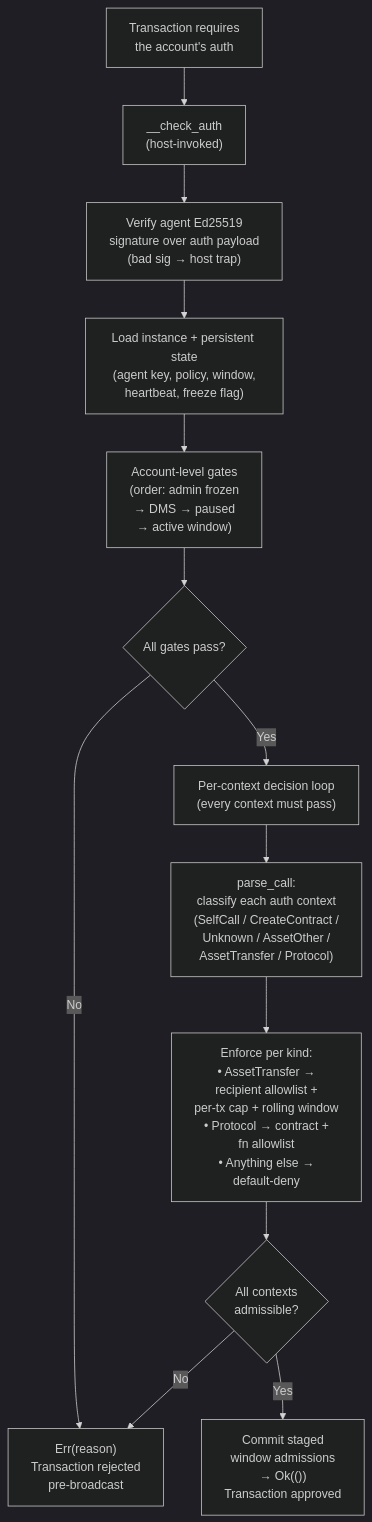
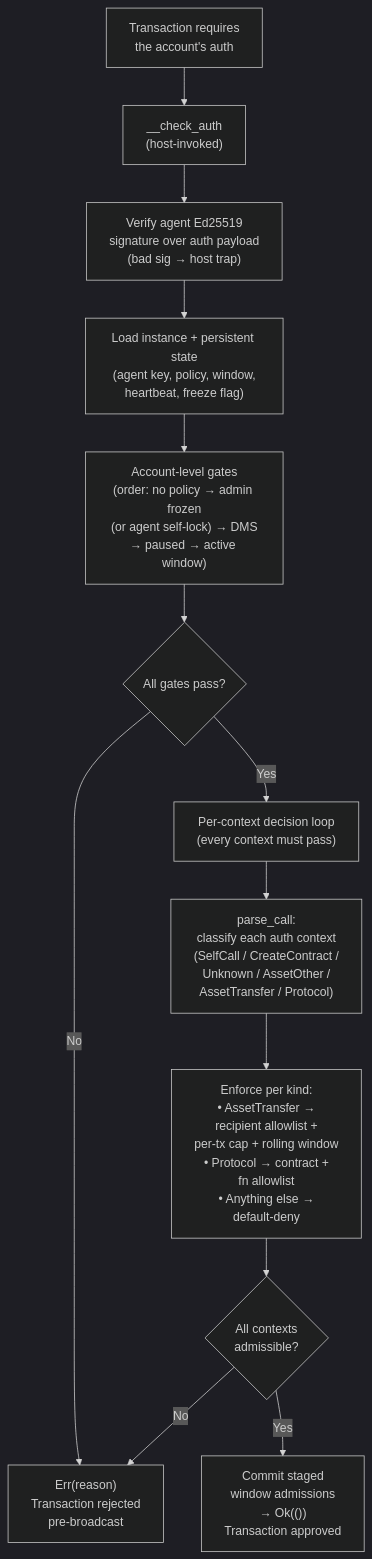
The diagram in docs/architecture.md (Stellar-Agent-Guard/stellar-agent-guard-contracts), drawn with Mermaid (dark theme) before and after one commit. The commit also changed other lines of this file and 11 other files, not shown here.

First line of the commit message:
fix: decision-table order, asset/protocol overlap, agent self-lock, asset-field contract (#299, #296, #306, #294) (#524)

````diff
--- a/docs/architecture.md
+++ b/docs/architecture.md
@@ -7,15 +7,15 @@
 ```mermaid
 flowchart TD
     A["Transaction requires\nthe account's auth"] --> B["__check_auth\n(host-invoked)"]
     B --> C["Verify agent Ed25519\nsignature over auth payload\n(bad sig → host trap)"]
     C --> D["Load instance + persistent state\n(agent key, policy, window,\nheartbeat, freeze flag)"]
-    D --> E["Account-level gates\n(order: admin frozen\n→ DMS → paused\n→ active window)"]
+    D --> E["Account-level gates\n(order: no policy → admin frozen\n(or agent self-lock) → DMS\n→ paused → active window)"]
     E --> F{"All gates pass?"}
     F -- No --> G["Err(reason)\nTransaction rejected\npre-broadcast"]
     F -- Yes --> H["Per-context decision loop\n(every context must pass)"]
     H --> I["parse_call:\nclassify each auth context\n(SelfCall / CreateContract /\nUnknown / AssetOther /\nAssetTransfer / Protocol)"]
     I --> J["Enforce per kind:\n• AssetTransfer →\n  recipient allowlist +\n  per-tx cap + rolling window\n• Protocol → contract +\n  fn allowlist\n• Anything else →\n  default-deny"]
     J --> K{"All contexts\nadmissible?"}
     K -- No --> G
     K -- Yes --> L["Commit staged\nwindow admissions\n→ Ok(())\nTransaction approved"]
 ```
````
